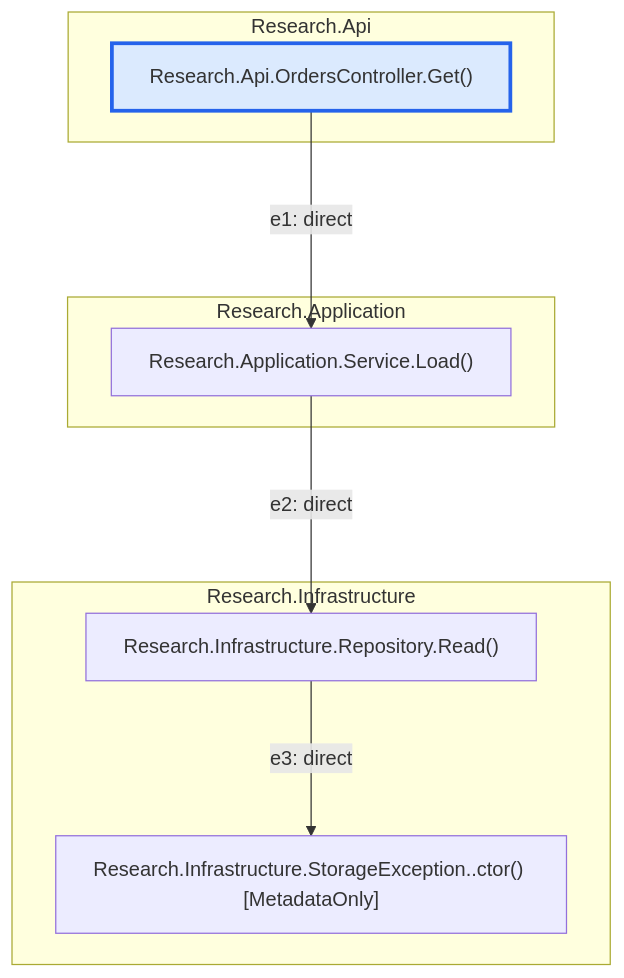
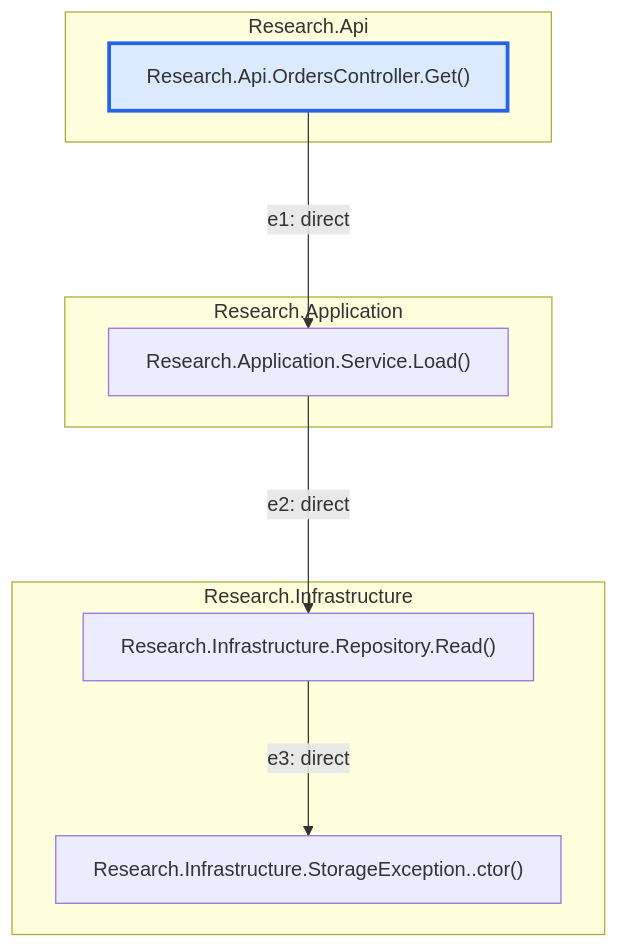
One commit to stadtaev/sharpview changed the diagram in docs/samples/diagram.md. Above: the diagram before and after it, drawn with Mermaid. The commit also changed other lines of this file and 48 other files, not shown here.

Commit message:
feat(cli): concise output, control-flow handler outcomes, bug reports

````diff
--- a/docs/samples/diagram.md
+++ b/docs/samples/diagram.md
@@ -10,21 +10,21 @@
 ```mermaid
 flowchart TB
 
   subgraph p0 ["Research.Api"]
     n0["Research.Api.OrdersController.Get()"]
   end
   subgraph p1 ["Research.Application"]
     n1["Research.Application.Service.Load()"]
   end
   subgraph p2 ["Research.Infrastructure"]
     n2["Research.Infrastructure.Repository.Read()"]
-    n3["Research.Infrastructure.StorageException..ctor() [MetadataOnly]"]
+    n3["Research.Infrastructure.StorageException..ctor()"]
   end
 
   n0 --->|"e1: direct"| n1
   n1 --->|"e2: direct"| n2
   n2 --->|"e3: direct"| n3
 
   classDef root fill:#dbeafe,stroke:#2563eb,stroke-width:3px
   class n0 root
 ```
````
